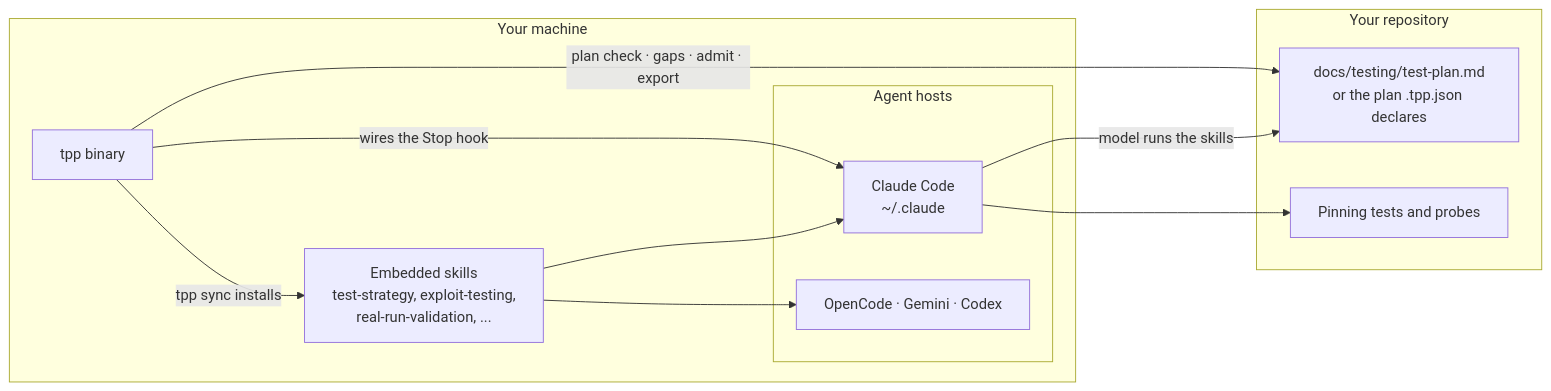
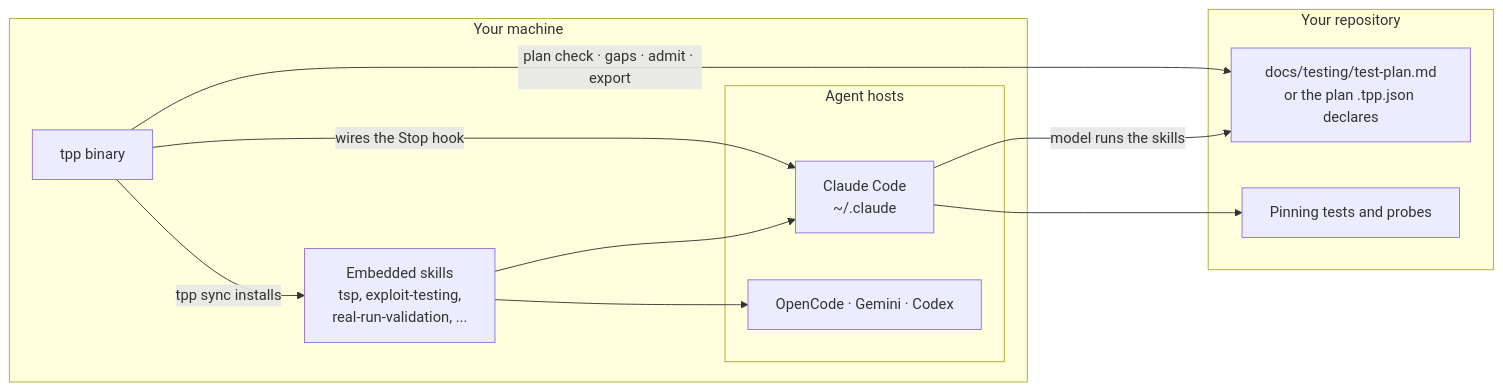
The first of 4 diagrams in README.md (alesierraalta/tpp), drawn with Mermaid before and after one commit. The commit also changed other lines of this file and 93 other files, not shown here.

Commit message:
feat(skills): rename test strategy router to tsp

````diff
--- a/README.md
+++ b/README.md
@@ -21,22 +21,22 @@
 ```mermaid
 flowchart LR
     subgraph machine[Your machine]
         tpp[tpp binary]
         subgraph hosts[Agent hosts]
             claude[Claude Code<br/>~/.claude]
             others[OpenCode · Gemini · Codex]
         end
-        skills[Embedded skills<br/>test-strategy, exploit-testing,<br/>real-run-validation, ...]
+        skills[Embedded skills<br/>tsp, exploit-testing,<br/>real-run-validation, ...]
     end
     subgraph repo[Your repository]
         plan[docs/testing/test-plan.md<br/>or the plan .tpp.json declares]
         tests[Pinning tests and probes]
     end
     tpp -- "tpp sync installs" --> skills
     skills --> claude
     skills --> others
     tpp -- "wires the Stop hook" --> claude
     claude -- "model runs the skills" --> plan
     claude --> tests
     tpp -- "plan check · gaps · admit · export" --> plan
 ```
````
